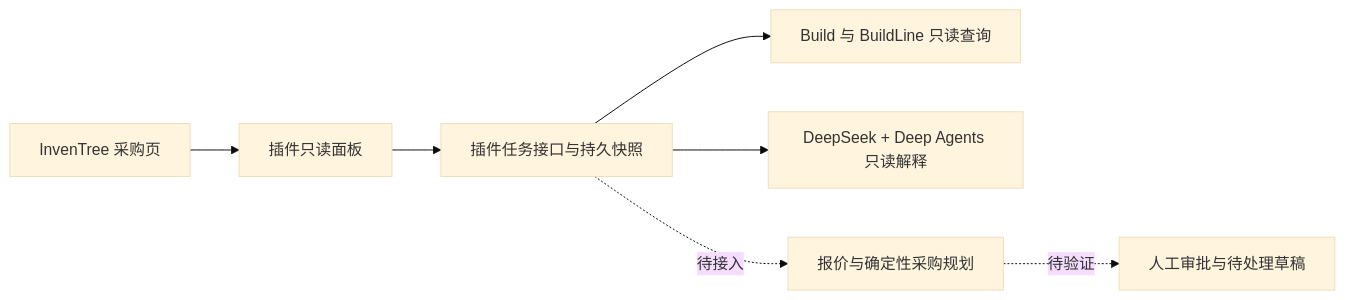
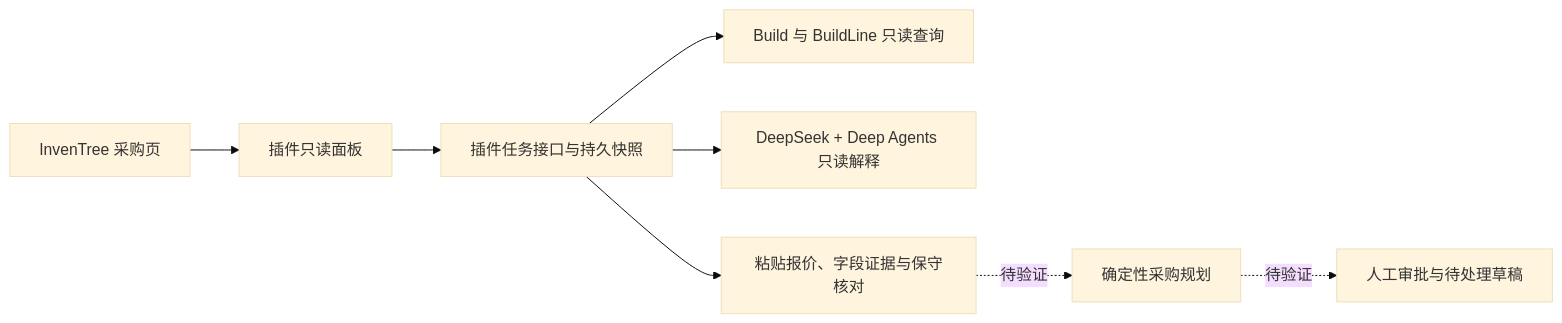
Before and after one commit to QIANG-t/deepagents: the diagram in examples/inventree-procurement-agent/docs/interview_notes.zh-CN.md, drawn with Mermaid (base theme). The commit also changed other lines of this file and 34 other files, not shown here.

````diff
--- a/examples/inventree-procurement-agent/docs/interview_notes.zh-CN.md
+++ b/examples/inventree-procurement-agent/docs/interview_notes.zh-CN.md
@@ -11,9 +11,10 @@
 ```mermaid
 flowchart LR
     A[InvenTree 采购页] --> B[插件只读面板]
     B --> C[插件任务接口与持久快照]
     C --> G[Build 与 BuildLine 只读查询]
     C --> D[DeepSeek + Deep Agents 只读解释]
-    C -. 待接入 .-> E[报价与确定性采购规划]
-    E -. 待验证 .-> F[人工审批与待处理草稿]
+    C --> E[粘贴报价、字段证据与保守核对]
+    E -. 待验证 .-> F[确定性采购规划]
+    F -. 待验证 .-> H[人工审批与待处理草稿]
 ```
````
